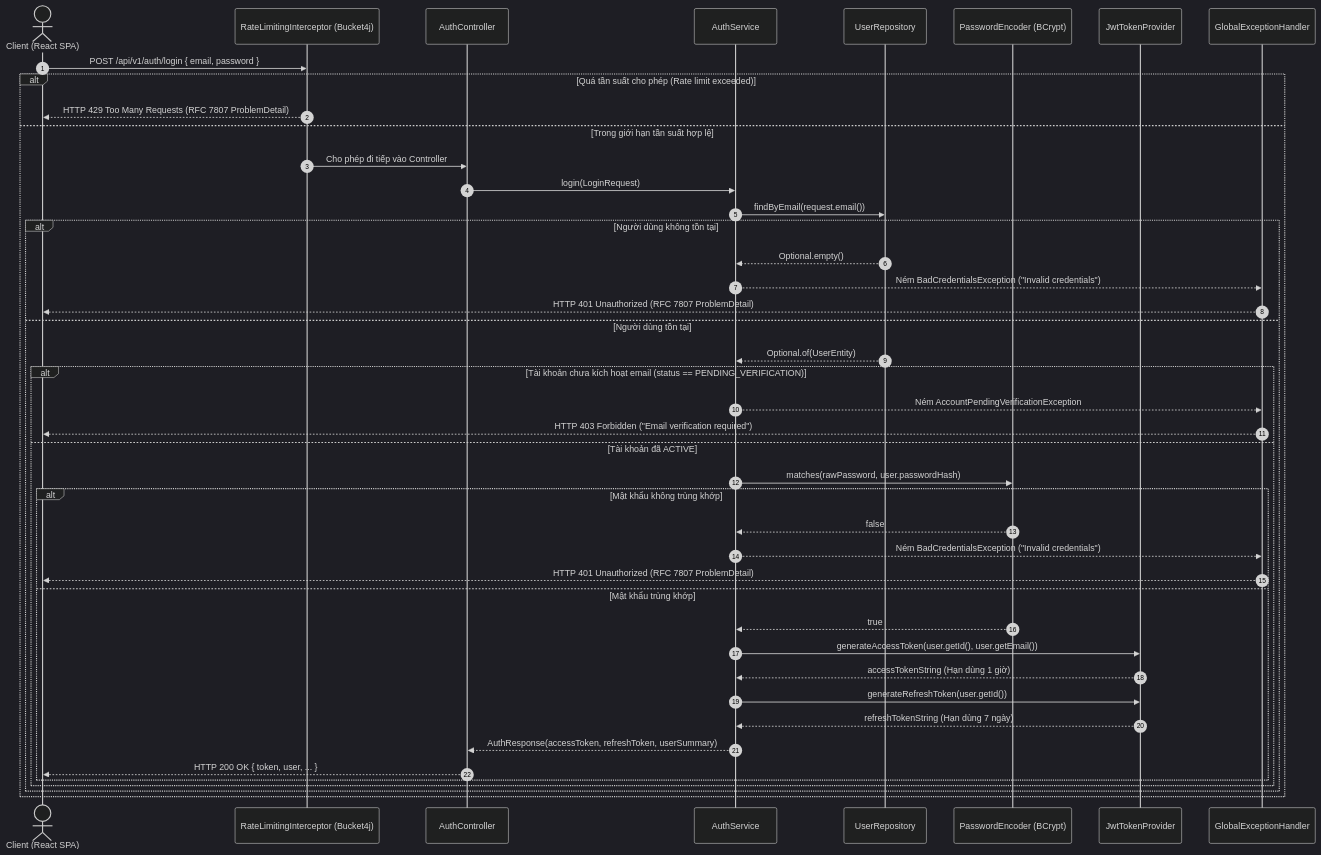
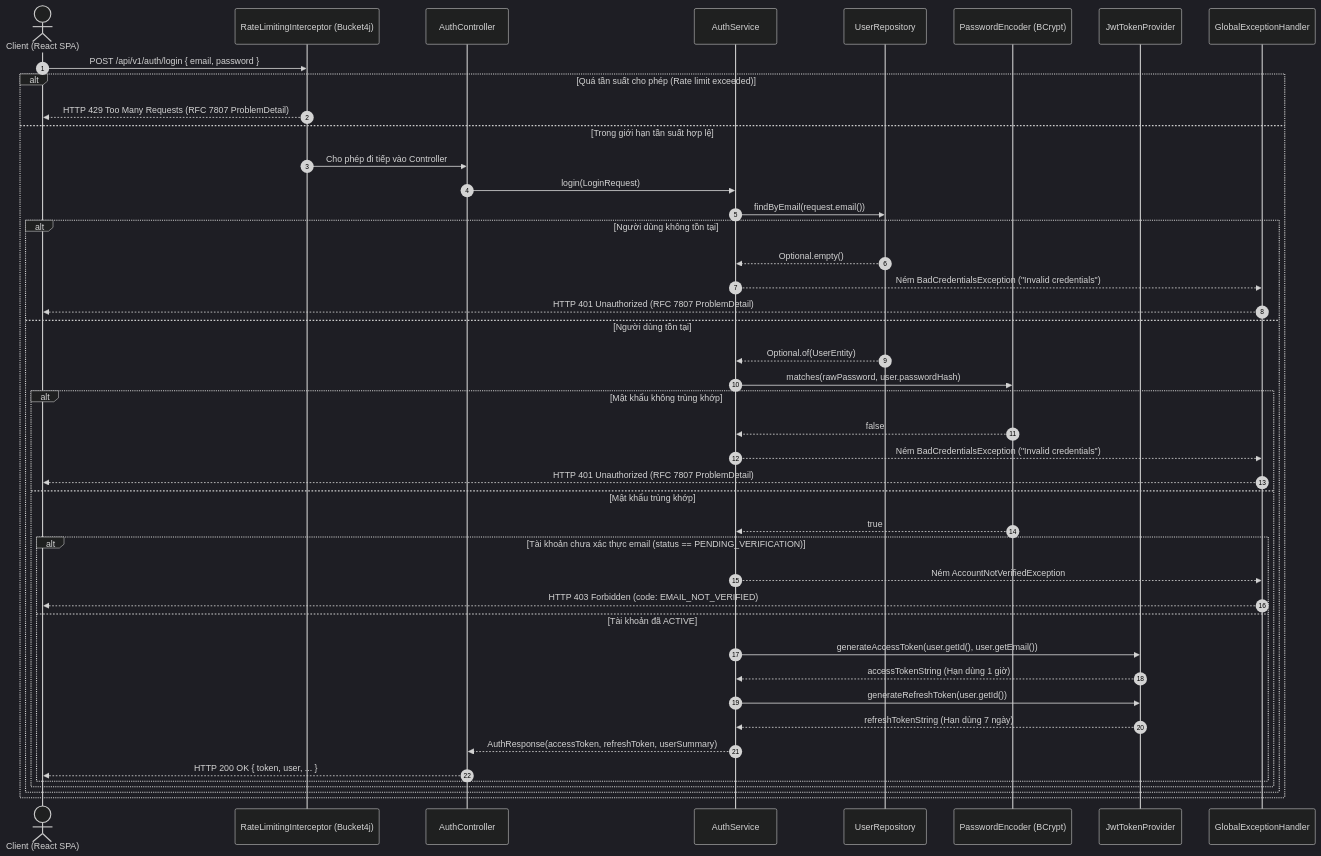
The fourth of 7 diagrams in docs/diagrams/AUTH_ARCHITECTURE.md (N-Tien-L/DevFlow), drawn with Mermaid (dark theme) before and after one commit. The commit also changed other lines of this file and 4 other files, not shown here.

First line of the commit message:
docs(auth): document email verification schema, flows and migration order

````diff
--- a/docs/diagrams/AUTH_ARCHITECTURE.md
+++ b/docs/diagrams/AUTH_ARCHITECTURE.md
@@ -201,47 +203,47 @@
 ```mermaid
 sequenceDiagram
     autonumber
     actor Client as Client (React SPA)
     participant RateLimit as RateLimitingInterceptor (Bucket4j)
     participant Ctrl as AuthController
     participant Svc as AuthService
     participant Repo as UserRepository
     participant Enc as PasswordEncoder (BCrypt)
     participant Prov as JwtTokenProvider
     participant ExHandler as GlobalExceptionHandler
 
     Client->>RateLimit: POST /api/v1/auth/login { email, password }
     alt Quá tần suất cho phép (Rate limit exceeded)
         RateLimit-->>Client: HTTP 429 Too Many Requests (RFC 7807 ProblemDetail)
     else Trong giới hạn tần suất hợp lệ
         RateLimit->>Ctrl: Cho phép đi tiếp vào Controller
         Ctrl->>Svc: login(LoginRequest)
         Svc->>Repo: findByEmail(request.email())
         alt Người dùng không tồn tại
             Repo-->>Svc: Optional.empty()
             Svc-->>ExHandler: Ném BadCredentialsException ("Invalid credentials")
             ExHandler-->>Client: HTTP 401 Unauthorized (RFC 7807 ProblemDetail)
         else Người dùng tồn tại
             Repo-->>Svc: Optional.of(UserEntity)
-            alt Tài khoản chưa kích hoạt email (status == PENDING_VERIFICATION)
-                Svc-->>ExHandler: Ném AccountPendingVerificationException
-                ExHandler-->>Client: HTTP 403 Forbidden ("Email verification required")
-            else Tài khoản đã ACTIVE
-                Svc->>Enc: matches(rawPassword, user.passwordHash)
-                alt Mật khẩu không trùng khớp
-                    Enc-->>Svc: false
-                    Svc-->>ExHandler: Ném BadCredentialsException ("Invalid credentials")
-                    ExHandler-->>Client: HTTP 401 Unauthorized (RFC 7807 ProblemDetail)
-                else Mật khẩu trùng khớp
-                    Enc-->>Svc: true
+            Svc->>Enc: matches(rawPassword, user.passwordHash)
+            alt Mật khẩu không trùng khớp
+                Enc-->>Svc: false
+                Svc-->>ExHandler: Ném BadCredentialsException ("Invalid credentials")
+                ExHandler-->>Client: HTTP 401 Unauthorized (RFC 7807 ProblemDetail)
+            else Mật khẩu trùng khớp
+                Enc-->>Svc: true
+                alt Tài khoản chưa xác thực email (status == PENDING_VERIFICATION)
+                    Svc-->>ExHandler: Ném AccountNotVerifiedException
+                    ExHandler-->>Client: HTTP 403 Forbidden (code: EMAIL_NOT_VERIFIED)
+                else Tài khoản đã ACTIVE
                     Svc->>Prov: generateAccessToken(user.getId(), user.getEmail())
                     Prov-->>Svc: accessTokenString (Hạn dùng 1 giờ)
                     Svc->>Prov: generateRefreshToken(user.getId())
                     Prov-->>Svc: refreshTokenString (Hạn dùng 7 ngày)
                     Svc-->>Ctrl: AuthResponse(accessToken, refreshToken, userSummary)
                     Ctrl-->>Client: HTTP 200 OK { token, user, ... }
                 end
             end
         end
     end
 ```
````
